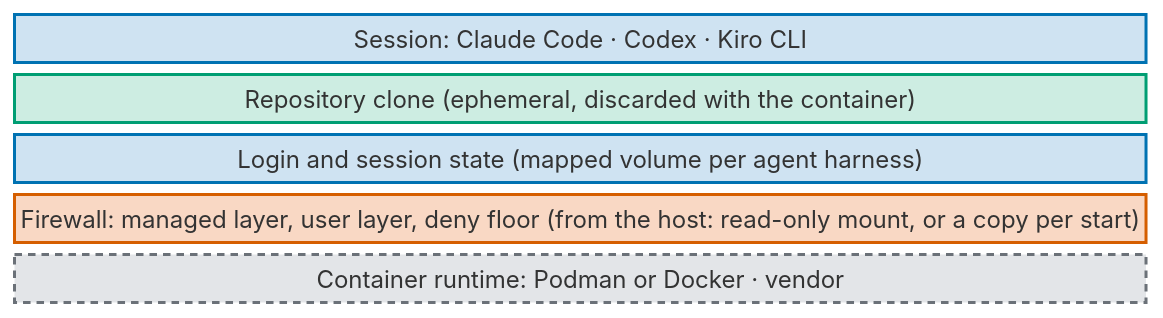
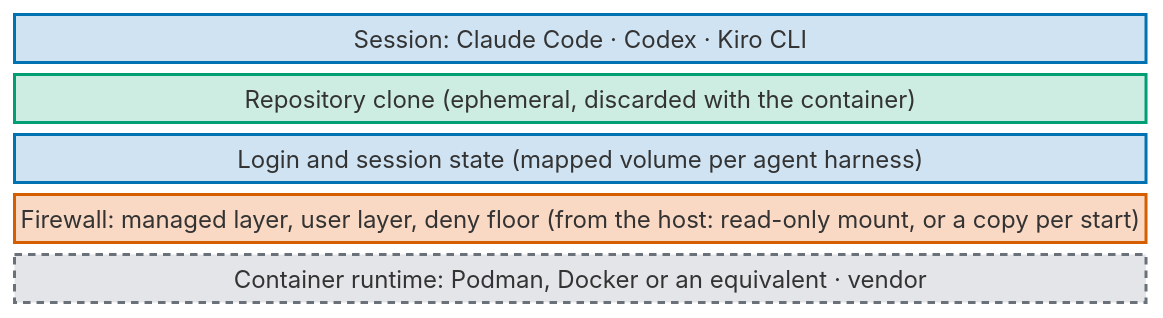
The first of 2 diagrams in docs/mhw-product-requirements-document-agent-runtime.md (tedeuxx/mhw), drawn with Mermaid before and after one commit. The commit also changed other lines of this file, not shown here.

First line of the commit message:
Amend the agent runtime document with the 2026-11-23 decisions

````diff
--- a/docs/mhw-product-requirements-document-agent-runtime.md
+++ b/docs/mhw-product-requirements-document-agent-runtime.md
@@ -141,18 +159,18 @@
 ```mermaid
 block-beta
   columns 1
   C5["Session: Claude Code · Codex · Kiro CLI"]
   C4["Repository clone (ephemeral, discarded with the container)"]
   C3["Login and session state (mapped volume per agent harness)"]
   C2["Firewall: managed layer, user layer, deny floor (from the host: read-only mount, or a copy per start)"]
-  C1["Container runtime: Podman or Docker · vendor"]
+  C1["Container runtime: Podman, Docker or an equivalent · vendor"]
   classDef admin fill:#F9D8C4,stroke:#D55E00,stroke-width:2px,color:#1d2228
   classDef project fill:#CDEDE2,stroke:#009E73,stroke-width:2px,color:#1d2228
   classDef user fill:#CFE3F2,stroke:#0072B2,stroke-width:2px,color:#1d2228
   classDef vendor fill:#E3E5E8,stroke:#6b7178,stroke-width:2px,color:#1d2228,stroke-dasharray:5 4
   class C5 user
   class C4 project
   class C3 user
   class C2 admin
   class C1 vendor
 ```
````
